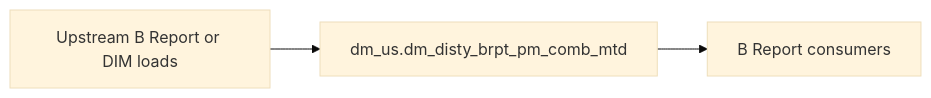
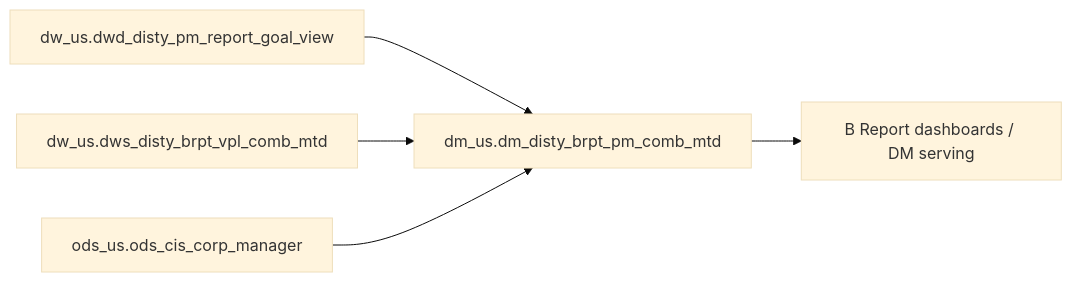
The diagram in backend/defaults/b_report/workspace/target/knowledgebase/b-report-us/dm_disty_brpt_pm_comb_mtd.md (chengduhaha/data_agent), drawn with Mermaid (base theme) before and after one commit. The commit also changed other lines of this file and 1108 other files, not shown here.

````diff
--- a/backend/defaults/b_report/workspace/target/knowledgebase/b-report-us/dm_disty_brpt_pm_comb_mtd.md
+++ b/backend/defaults/b_report/workspace/target/knowledgebase/b-report-us/dm_disty_brpt_pm_comb_mtd.md
@@ -152,8 +560,12 @@
 ```mermaid
 flowchart LR
-  upstream[Upstream B Report or DIM loads]
-  tgt["dm_us.dm_disty_brpt_pm_comb_mtd"]
-  brpt[B Report consumers]
-  upstream --> tgt
-  tgt --> brpt
+  dm_us_dm_disty_brpt_pm_comb_mtd["dm_us.dm_disty_brpt_pm_comb_mtd"]
+  src0["dw_us.dwd_disty_pm_report_goal_view"]
+  src0 --> dm_us_dm_disty_brpt_pm_comb_mtd
+  src1["dw_us.dws_disty_brpt_vpl_comb_mtd"]
+  src1 --> dm_us_dm_disty_brpt_pm_comb_mtd
+  src2["ods_us.ods_cis_corp_manager"]
+  src2 --> dm_us_dm_disty_brpt_pm_comb_mtd
+  consumers["B Report dashboards / DM serving"]
+  dm_us_dm_disty_brpt_pm_comb_mtd --> consumers
 ```
````
